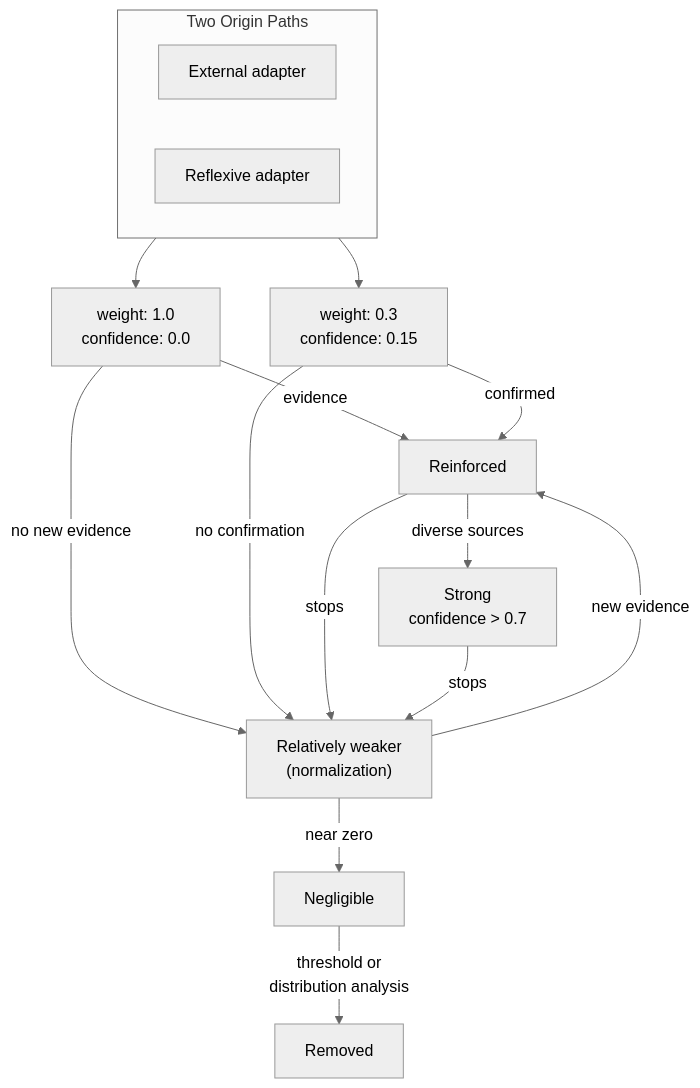
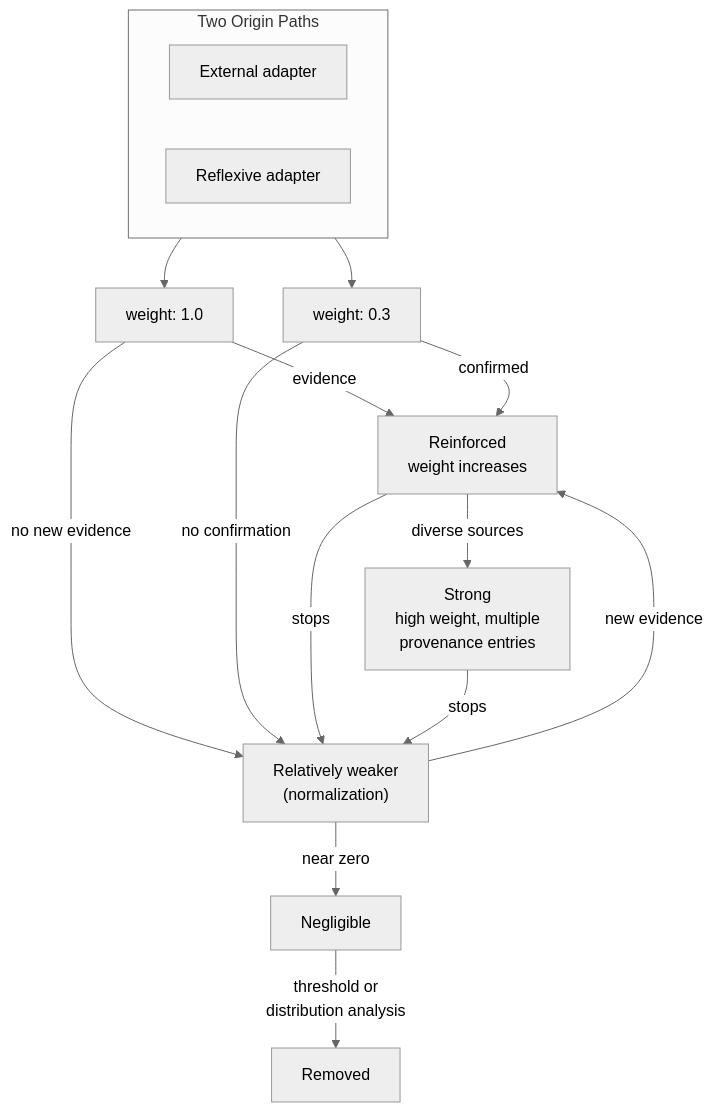
One commit to nrgforge/plexus changed the tenth of 10 diagrams in docs/semantic-adapters-design.md. Above: the diagram before and after it, drawn with Mermaid (neutral theme). The commit also changed other lines of this file and 2 other files, not shown here.

````diff
--- a/docs/semantic-adapters-design.md
+++ b/docs/semantic-adapters-design.md
@@ -525,31 +563,31 @@
 ```mermaid
 flowchart TB
     subgraph origin ["Two Origin Paths"]
         direction LR
         ext["External adapter"]
         ref["Reflexive adapter"]
     end
 
-    ext --> active["weight: 1.0
-    confidence: 0.0"]
-    ref --> weak["weight: 0.3
-    confidence: 0.15"]
+    ext --> active["weight: 1.0"]
+    ref --> weak["weight: 0.3"]
 
     active -->|"evidence"| reinforced
     active -->|"no new evidence"| weakening
     weak -->|"confirmed"| reinforced
     weak -->|"no confirmation"| weakening
 
-    reinforced["Reinforced"] -->|"diverse sources"| strong["Strong
-    confidence > 0.7"]
+    reinforced["Reinforced
+    weight increases"] -->|"diverse sources"| strong["Strong
+    high weight, multiple
+    provenance entries"]
     reinforced -->|"stops"| weakening
 
     strong -->|"stops"| weakening
 
     weakening["Relatively weaker
     (normalization)"] -->|"new evidence"| reinforced
     weakening -->|"near zero"| negligible["Negligible"]
     negligible -->|"threshold or
     distribution analysis"| removed["Removed"]
 
 ```
````
